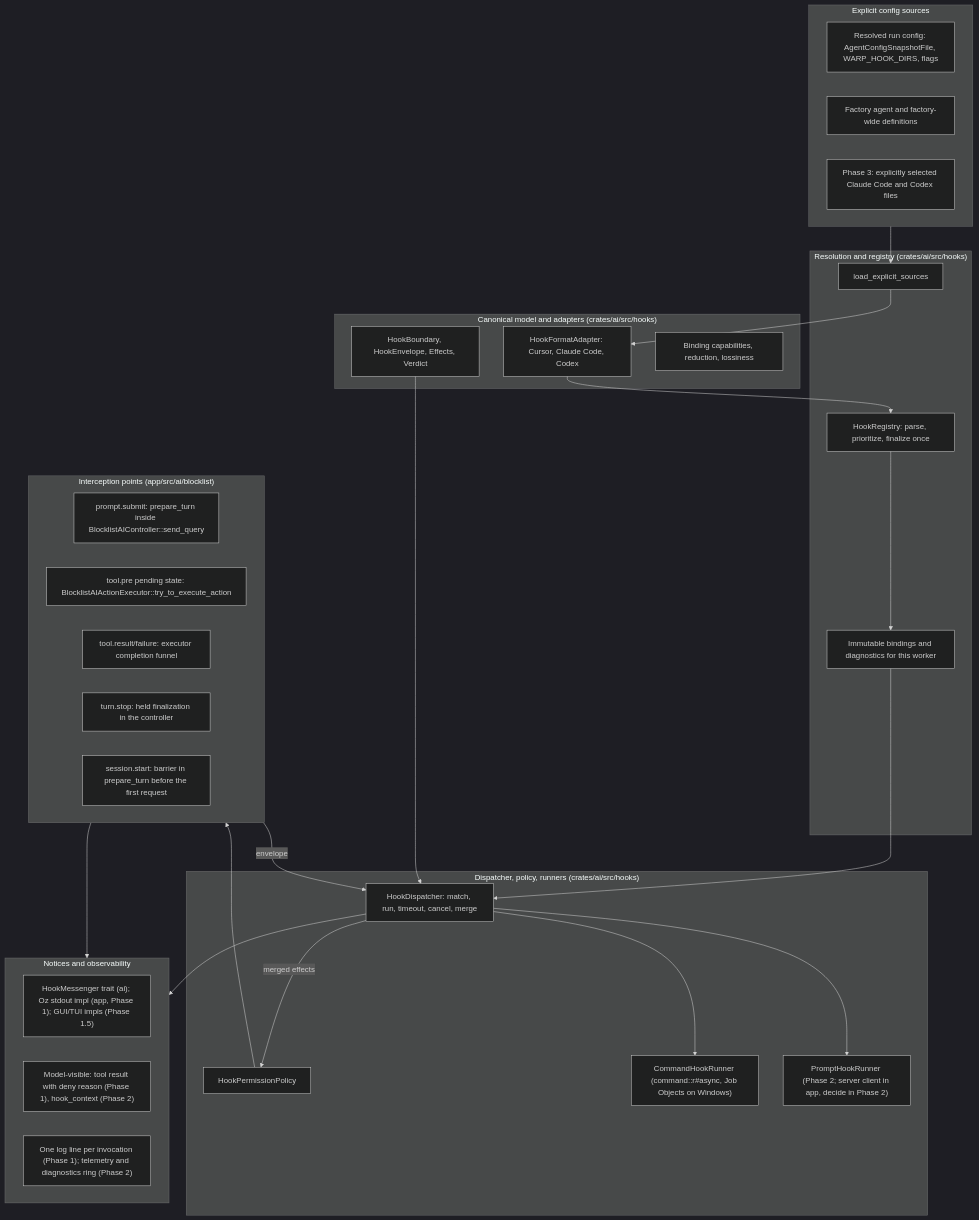
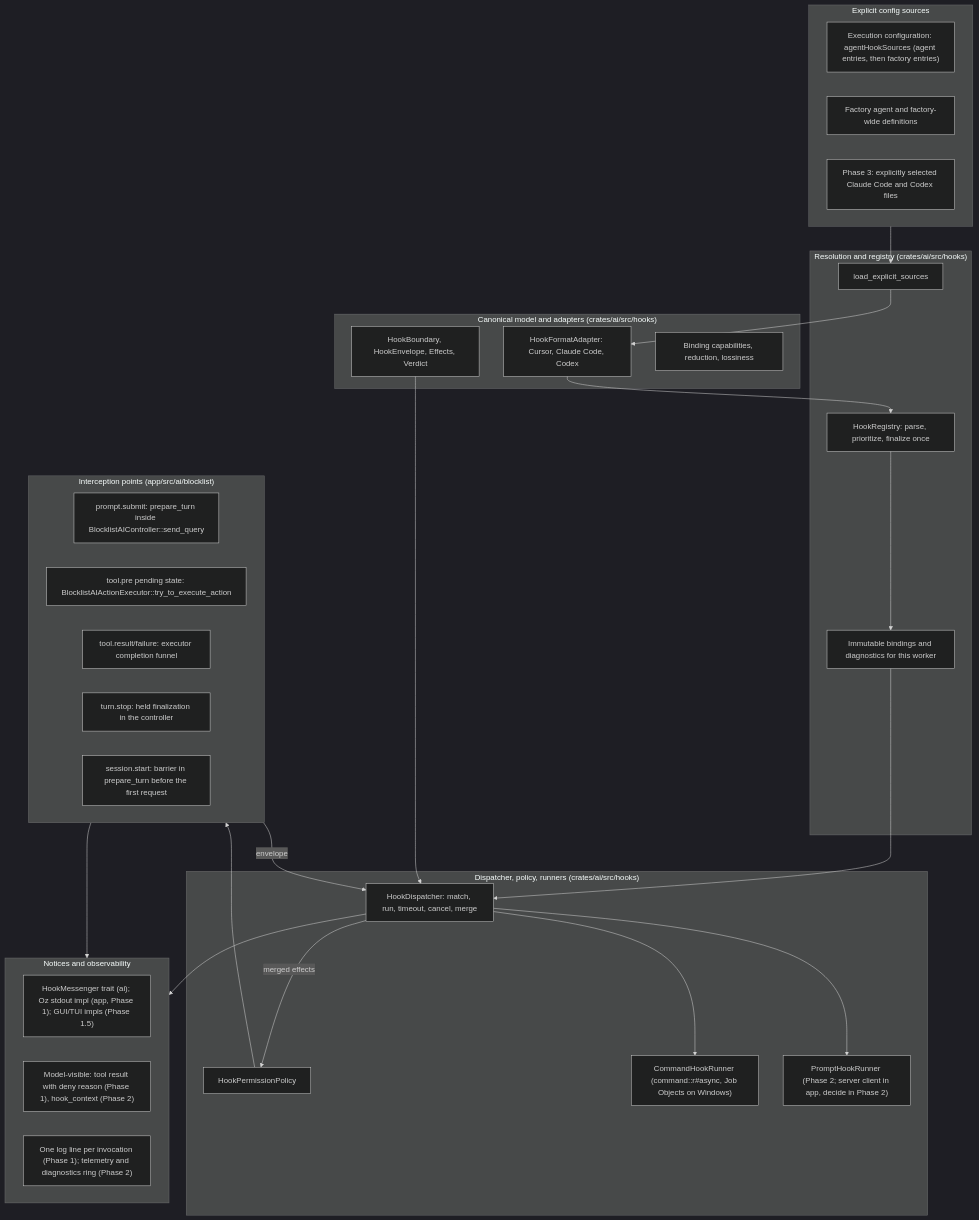
Before and after one commit to Phathat-Technologies-Ltd/neo-warp: the diagram in specs/agent-hooks/architecture.md, drawn with Mermaid (dark theme). The commit also changed other lines of this file and 32 other files, not shown here.

First line of the commit message:
hooks: deliver hook sources and settings to Oz and CLI runs (#16602)

````diff
--- a/specs/agent-hooks/architecture.md
+++ b/specs/agent-hooks/architecture.md
@@ -45,45 +45,45 @@
 ```mermaid
 flowchart TB
   subgraph Sources["Explicit config sources"]
-    S1["Resolved run config: AgentConfigSnapshotFile, WARP_HOOK_DIRS, flags"]
+    S1["Execution configuration: agentHookSources (agent entries, then factory entries)"]
     S2["Factory agent and factory-wide definitions"]
     S3["Phase 3: explicitly selected Claude Code and Codex files"]
   end
   subgraph Pure["Canonical model and adapters (crates/ai/src/hooks)"]
     P1["HookBoundary, HookEnvelope, Effects, Verdict"]
     P2["HookFormatAdapter: Cursor, Claude Code, Codex"]
     P3["Binding capabilities, reduction, lossiness"]
   end
   subgraph Resolution["Resolution and registry (crates/ai/src/hooks)"]
     D1["load_explicit_sources"]
     D2["HookRegistry: parse, prioritize, finalize once"]
     D3["Immutable bindings and diagnostics for this worker"]
   end
   subgraph Runtime["Dispatcher, policy, runners (crates/ai/src/hooks)"]
     R1["HookDispatcher: match, run, timeout, cancel, merge"]
     R2["HookPermissionPolicy"]
     R3["CommandHookRunner (command::r#async, Job Objects on Windows)"]
     R4["PromptHookRunner (Phase 2; server client in app, decide in Phase 2)"]
   end
   subgraph Loop["Interception points (app/src/ai/blocklist)"]
     L1["prompt.submit: prepare_turn inside BlocklistAIController::send_query"]
     L2["tool.pre pending state: BlocklistAIActionExecutor::try_to_execute_action"]
     L3["tool.result/failure: executor completion funnel"]
     L4["turn.stop: held finalization in the controller"]
     L5["session.start: barrier in prepare_turn before the first request"]
   end
   subgraph Out["Notices and observability"]
     O1["HookMessenger trait (ai); Oz stdout impl (app, Phase 1); GUI/TUI impls (Phase 1.5)"]
     O2["Model-visible: tool result with deny reason (Phase 1), hook_context (Phase 2)"]
     O3["One log line per invocation (Phase 1); telemetry and diagnostics ring (Phase 2)"]
   end
   Sources --> D1 --> P2 --> D2 --> D3
   D3 --> R1
   P1 --> R1
   Loop -- envelope --> R1
   R1 --> R3
   R1 --> R4
   R1 -- merged effects --> R2 --> Loop
   R1 --> Out
   Loop --> Out
 ```
````
